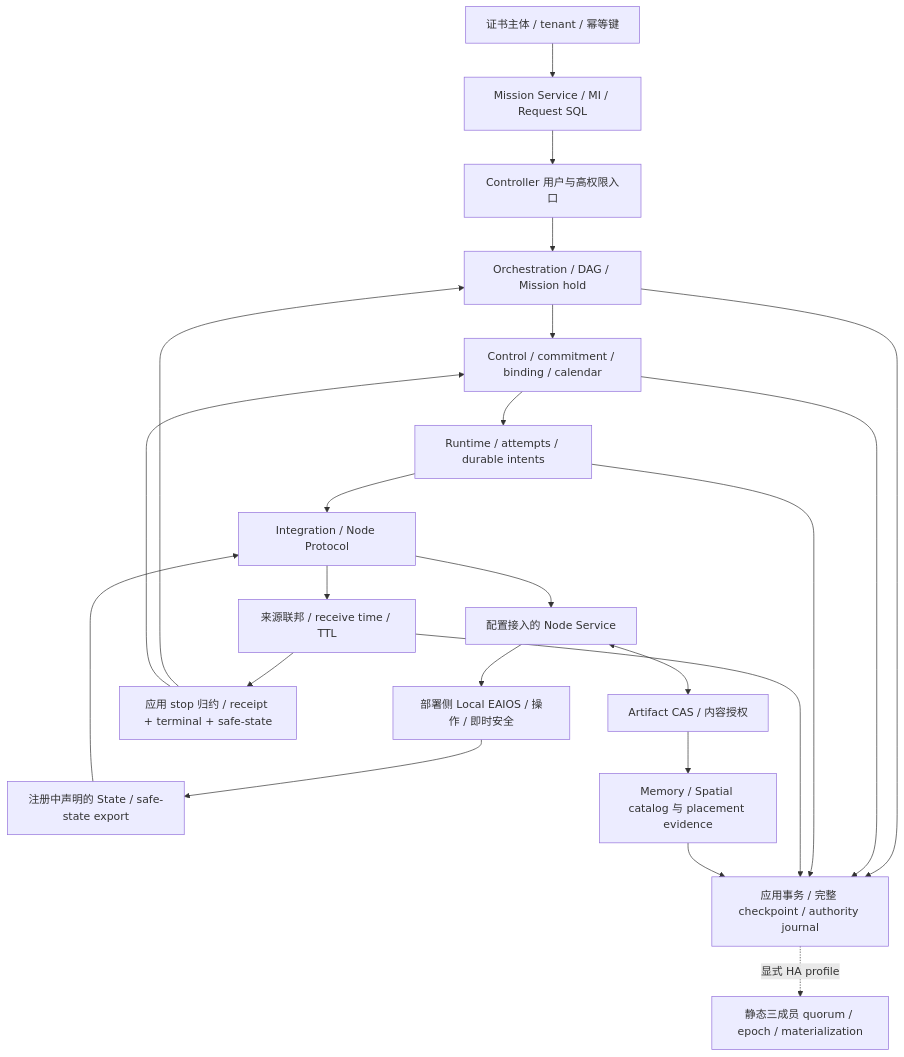
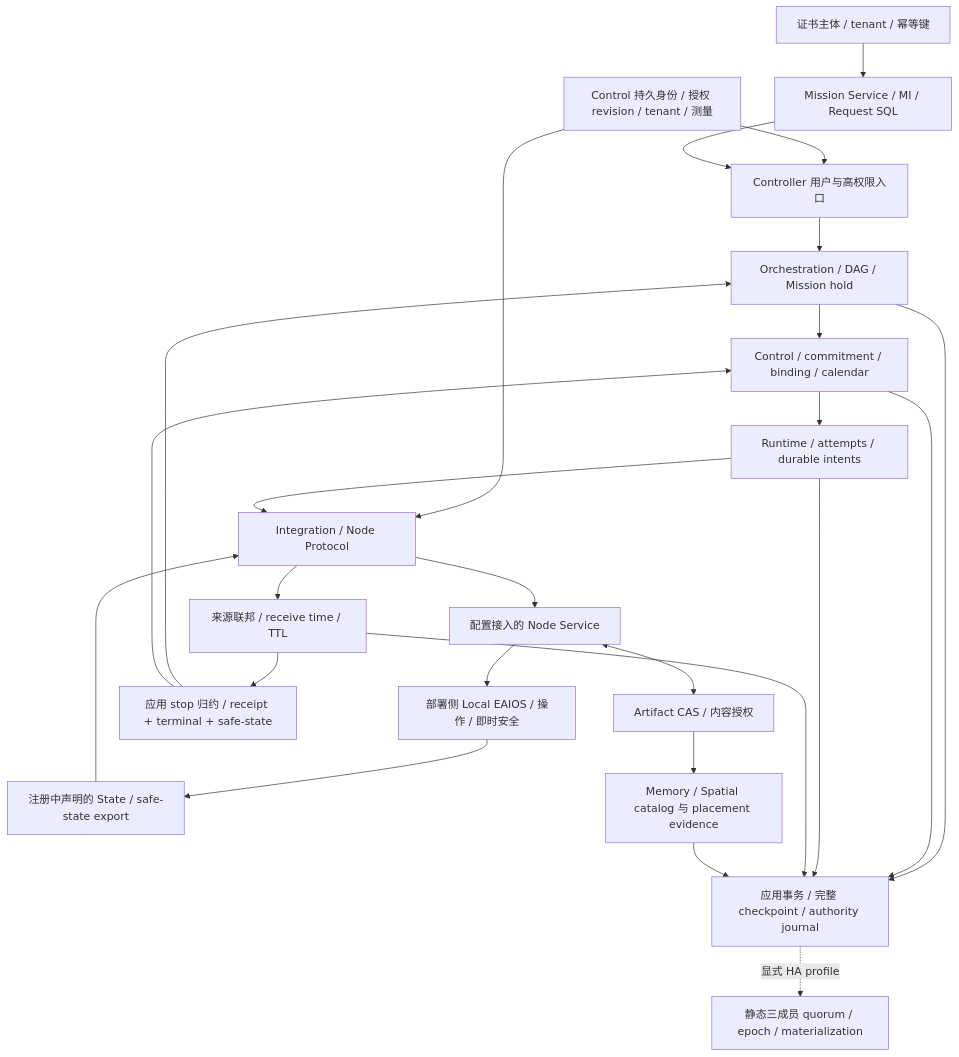
The diagram in docs/architecture/v2/implementation-topology.md (Farewell-CK/RoboGuide), drawn with Mermaid before and after one commit. The commit also changed other lines of this file and 74 other files, not shown here.

````diff
--- a/docs/architecture/v2/implementation-topology.md
+++ b/docs/architecture/v2/implementation-topology.md
@@ -7,25 +7,27 @@
 ```mermaid
 flowchart TB
   Client[证书主体 / tenant / 幂等键] --> MI[Mission Service / MI / Request SQL]
+  ID[Control 持久身份 / 授权 revision / tenant / 测量] --> Entry
+  ID --> PROTO
   MI --> Entry[Controller 用户与高权限入口]
   Entry --> ORCH[Orchestration / DAG / Mission hold]
   ORCH --> CTRL[Control / commitment / binding / calendar]
   CTRL --> RT[Runtime / attempts / durable intents]
   RT --> PROTO[Integration / Node Protocol]
   PROTO --> NODE[配置接入的 Node Service]
   NODE --> LOCAL[部署侧 Local EAIOS / 操作 / 即时安全]
   LOCAL --> OBS[注册中声明的 State / safe-state export]
   OBS --> PROTO
   PROTO --> STATE[来源联邦 / receive time / TTL]
   STATE --> STOP[应用 stop 归约 / receipt + terminal + safe-state]
   STOP --> ORCH
   STOP --> CTRL
   ORCH --> SQL[应用事务 / 完整 checkpoint / authority journal]
   CTRL --> SQL
   RT --> SQL
   STATE --> SQL
   SQL -. 显式 HA profile .-> HA[静态三成员 quorum / epoch / materialization]
   NODE <--> ART[Artifact CAS / 内容授权]
   ART --> CAT[Memory / Spatial catalog 与 placement evidence]
   CAT --> SQL
 ```
````
